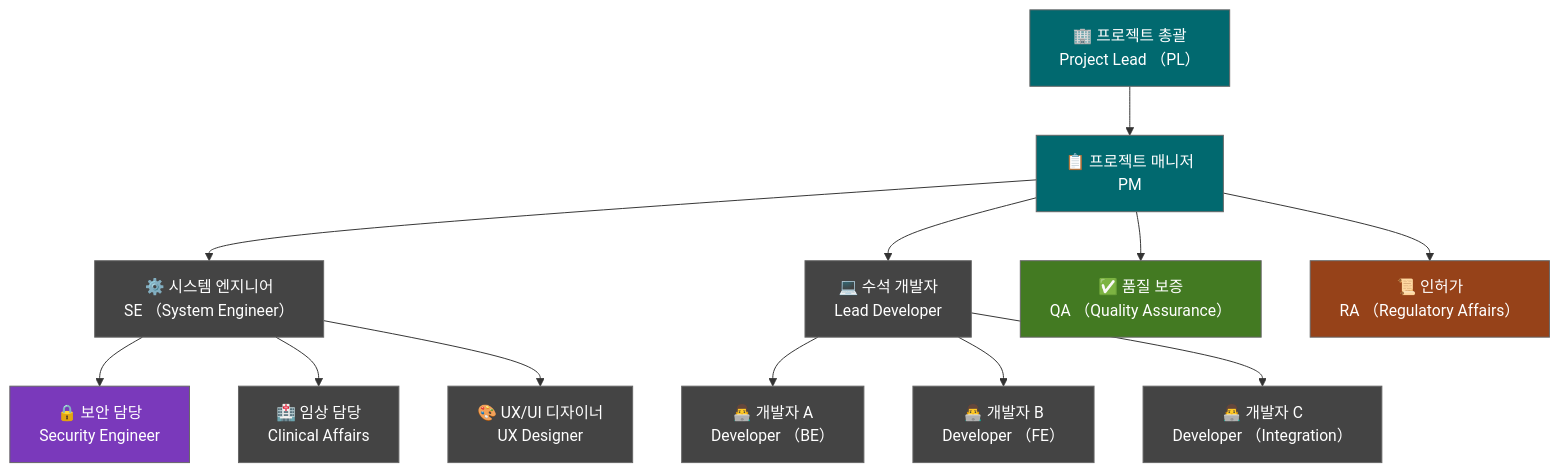
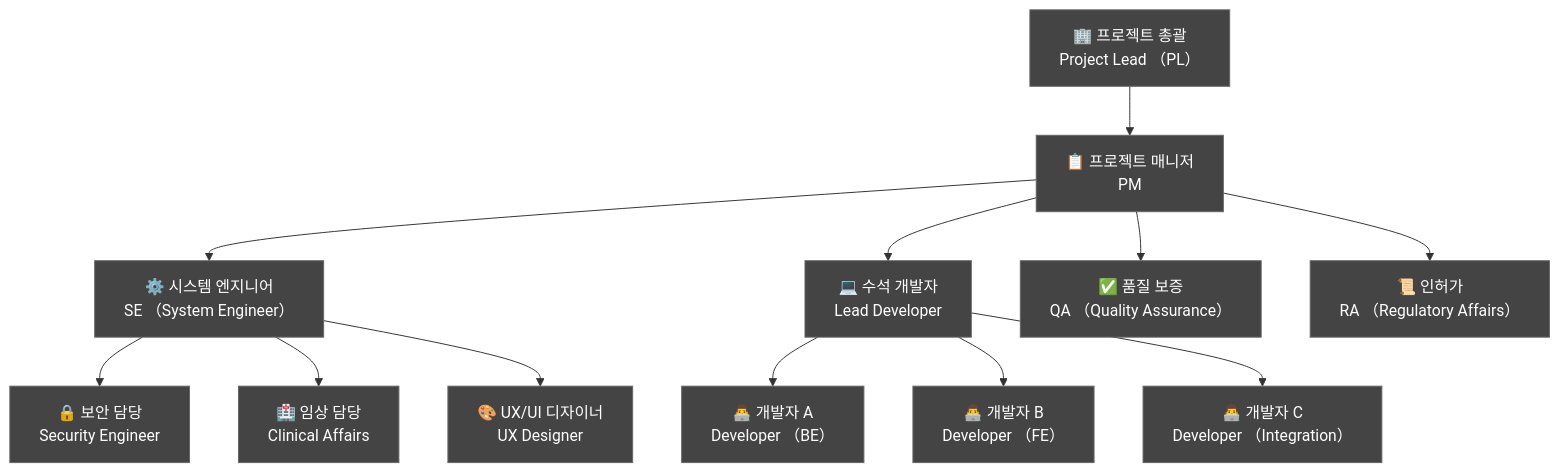
One commit to holee9/console-gui changed the first of 15 diagrams in docs/management/DOC-003a_SW_Development_Procedure_v1.0.md. Above: the diagram before and after it, drawn with Mermaid. The commit also changed other lines of this file and 35 other files, not shown here.

First line of the commit message:
fix: 전체 Mermaid 차트 색상 진한 회색 통일

````diff
--- a/docs/management/DOC-003a_SW_Development_Procedure_v1.0.md
+++ b/docs/management/DOC-003a_SW_Development_Procedure_v1.0.md
@@ -173,31 +173,31 @@
 ```mermaid
 graph TD
     classDef default fill:#444,stroke:#666,color:#fff
     PL["🏢 프로젝트 총괄<br/>Project Lead （PL）"]
     PM["📋 프로젝트 매니저<br/>PM"]
     SE["⚙️ 시스템 엔지니어<br/>SE （System Engineer）"]
     LD["💻 수석 개발자<br/>Lead Developer"]
     QA["✅ 품질 보증<br/>QA （Quality Assurance）"]
     RA["📜 인허가<br/>RA （Regulatory Affairs）"]
     SEC["🔒 보안 담당<br/>Security Engineer"]
     CLI["🏥 임상 담당<br/>Clinical Affairs"]
     UX["🎨 UX/UI 디자이너<br/>UX Designer"]
 
     PL --> PM
     PM --> SE
     PM --> LD
     PM --> QA
     PM --> RA
     LD --> DEV1["👨‍💻 개발자 A<br/>Developer （BE）"]
     LD --> DEV2["👨‍💻 개발자 B<br/>Developer （FE）"]
     LD --> DEV3["👨‍💻 개발자 C<br/>Developer （Integration）"]
     SE --> SEC
     SE --> CLI
     SE --> UX
 
-    style PL fill:#01696F,color:#fff
-    style PM fill:#01696F,color:#fff
-    style QA fill:#437A22,color:#fff
-    style RA fill:#964219,color:#fff
-    style SEC fill:#7A39BB,color:#fff
+    style PL fill:#444,color:#fff
+    style PM fill:#444,color:#fff
+    style QA fill:#444,color:#fff
+    style RA fill:#444,color:#fff
+    style SEC fill:#444,color:#fff
 ```
````
